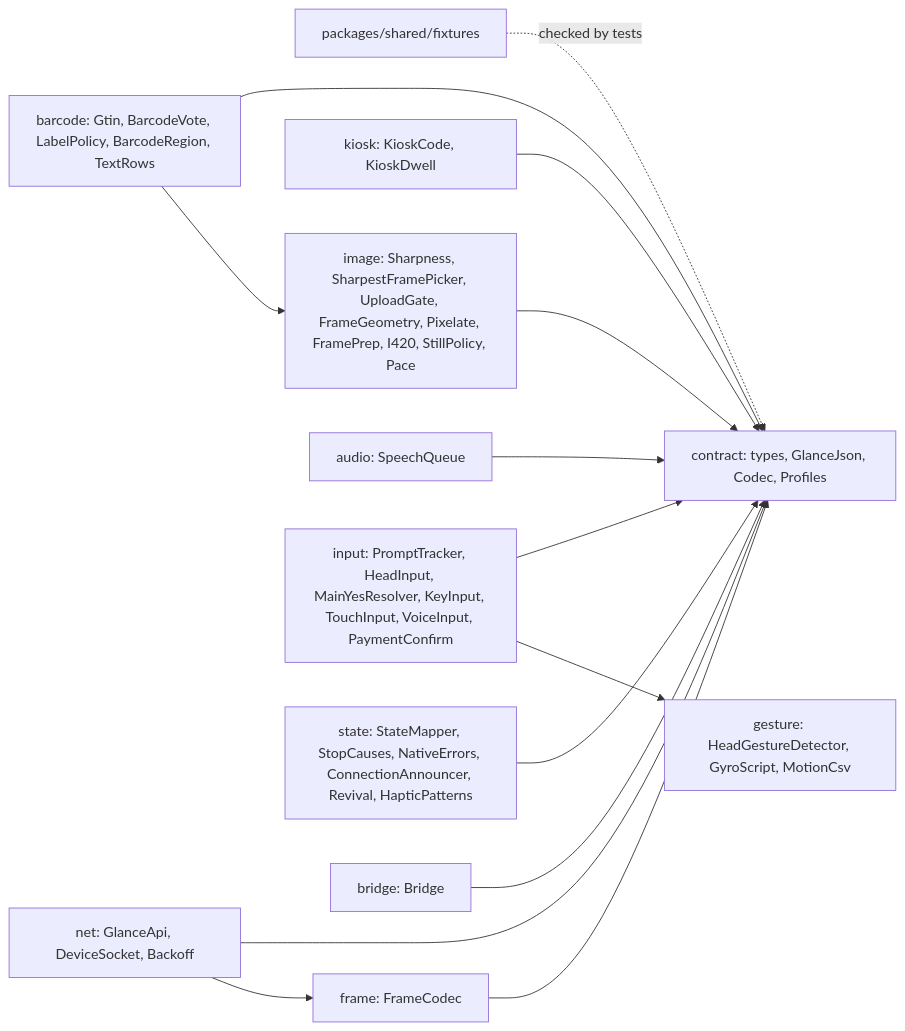
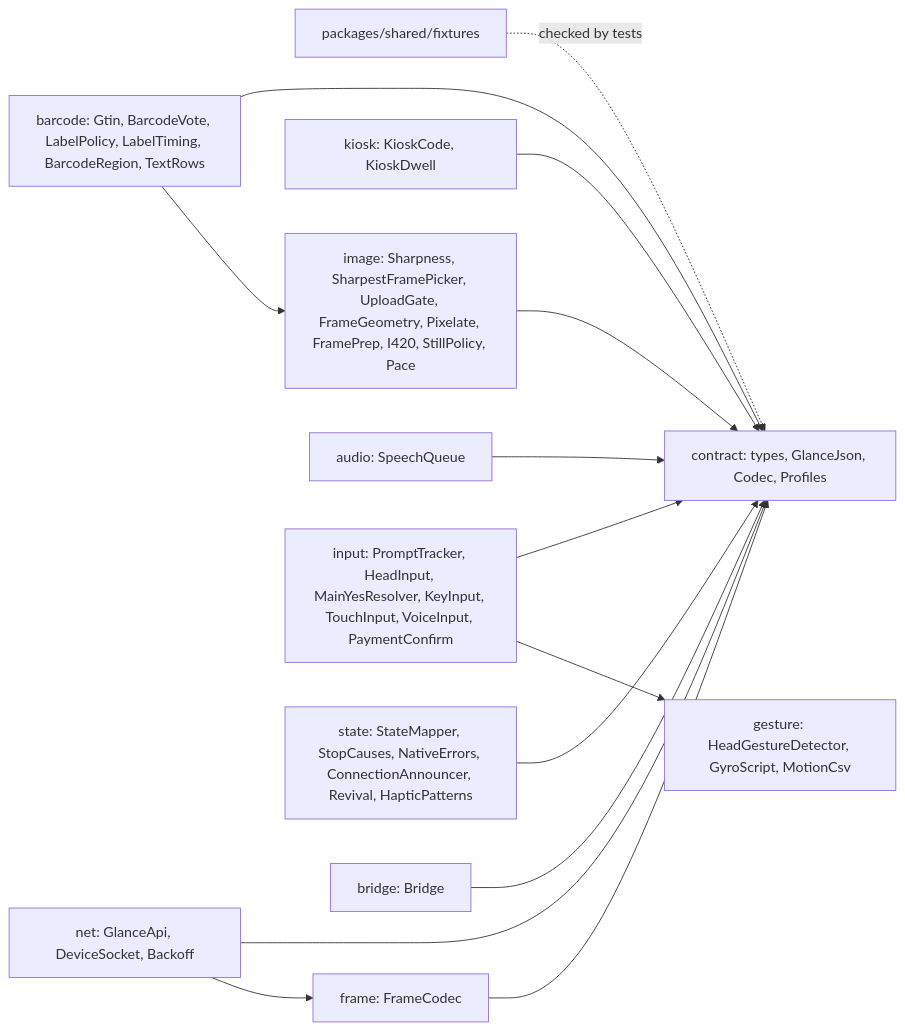
One commit to mrBymax/glance changed the fifth of 6 diagrams in apps/mobile/android/README.md. Above: the diagram before and after it, drawn with Mermaid. The commit also changed other lines of this file and 9 other files, not shown here.

````diff
--- a/apps/mobile/android/README.md
+++ b/apps/mobile/android/README.md
@@ -258,18 +282,18 @@
 ```mermaid
 flowchart LR
     Fixtures[packages/shared/fixtures] -. checked by tests .-> Contract
     Contract[contract: types, GlanceJson, Codec, Profiles]
     Frame[frame: FrameCodec] --> Contract
     Kiosk[kiosk: KioskCode, KioskDwell] --> Contract
-    Barcode[barcode: Gtin, BarcodeVote, LabelPolicy, BarcodeRegion, TextRows] --> Contract
+    Barcode[barcode: Gtin, BarcodeVote, LabelPolicy, LabelTiming, BarcodeRegion, TextRows] --> Contract
     Image[image: Sharpness, SharpestFramePicker, UploadGate, FrameGeometry, Pixelate, FramePrep, I420, StillPolicy, Pace] --> Contract
     Barcode --> Image
     Gesture[gesture: HeadGestureDetector, GyroScript, MotionCsv]
     Audio[audio: SpeechQueue] --> Contract
     Input[input: PromptTracker, HeadInput, MainYesResolver, KeyInput, TouchInput, VoiceInput, PaymentConfirm] --> Contract
     Input --> Gesture
     State[state: StateMapper, StopCauses, NativeErrors, ConnectionAnnouncer, Revival, HapticPatterns] --> Contract
     Net[net: GlanceApi, DeviceSocket, Backoff] --> Contract
     Net --> Frame
     BridgeText[bridge: Bridge] --> Contract
 ```
````
